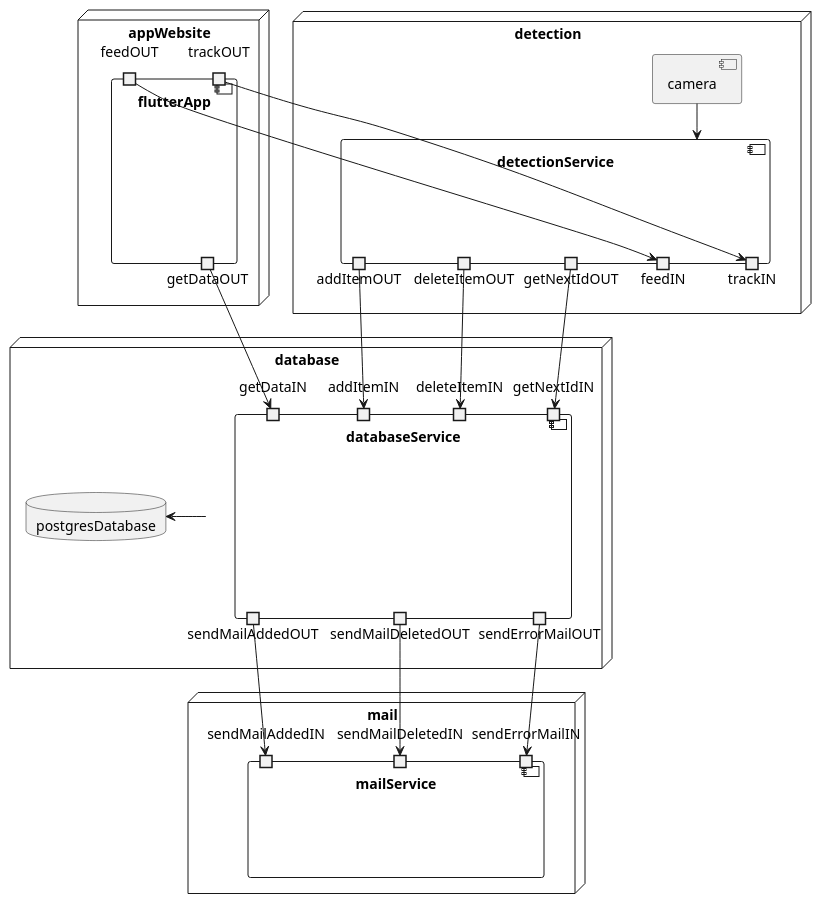
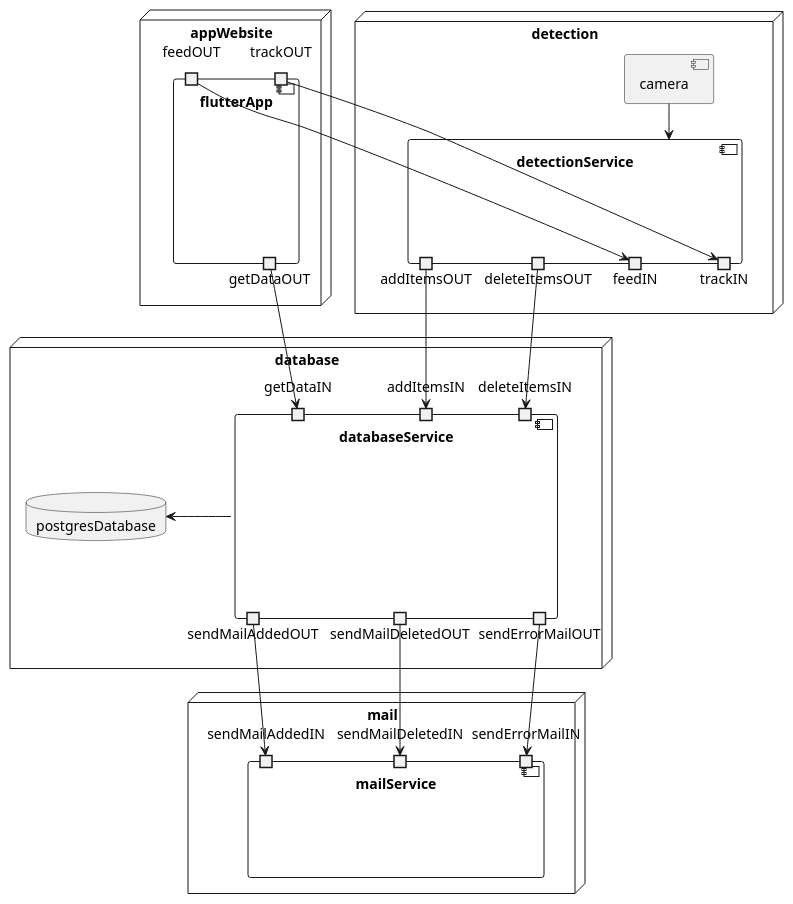
The diagram in doc/documentation/componentsDiagramm.puml (Marcey1611/stock-tracker-project-sysad-ws2425), drawn with PlantUML before and after one commit. The commit also changed 2 other files, not shown here.

Commit message:
SYSAD-41: Updated Components-Diagram to latest changes.

```diff
--- a/doc/documentation/componentsDiagramm.puml
+++ b/doc/documentation/componentsDiagramm.puml
@@ -1,59 +1,56 @@
 @startuml
 
 node detection {
     component camera
     component detectionService {
-        portout addItemOUT
-        portout deleteItemOUT
-        portout getNextIdOUT
+        portout addItemsOUT
+        portout deleteItemsOUT
         portout feedIN
         portout trackIN
     }
 }
 node database {
     database postgresDatabase
     component databaseService{
-        portin addItemIN
-        portin deleteItemIN
-        portin getNextIdIN
+        portin addItemsIN
+        portin deleteItemsIN
 
         portin getDataIN
 
         portout sendMailAddedOUT
         portout sendMailDeletedOUT
         portout sendErrorMailOUT
     }
 }
 node mail {
     component mailService{
         portin sendMailAddedIN
         portin sendMailDeletedIN
         portin sendErrorMailIN
     }
 }
 node appWebsite {
     component flutterApp {
         portout getDataOUT
         portin feedOUT
         portin trackOUT
     }
 }
 
 camera -down-> detectionService
 
-addItemOUT -down-> addItemIN
-deleteItemOUT -down-> deleteItemIN
-getNextIdOUT -down-> getNextIdIN
+addItemsOUT -down-> addItemsIN
+deleteItemsOUT -down-> deleteItemsIN
 
 getDataOUT -down-> getDataIN
 
 feedOUT -right-> feedIN
 trackOUT -right-> trackIN
 
 sendMailAddedOUT -down-> sendMailAddedIN 
 sendMailDeletedOUT -down-> sendMailDeletedIN
 sendErrorMailOUT -down-> sendErrorMailIN
 
 databaseService -left-> postgresDatabase
 
 @enduml
```
